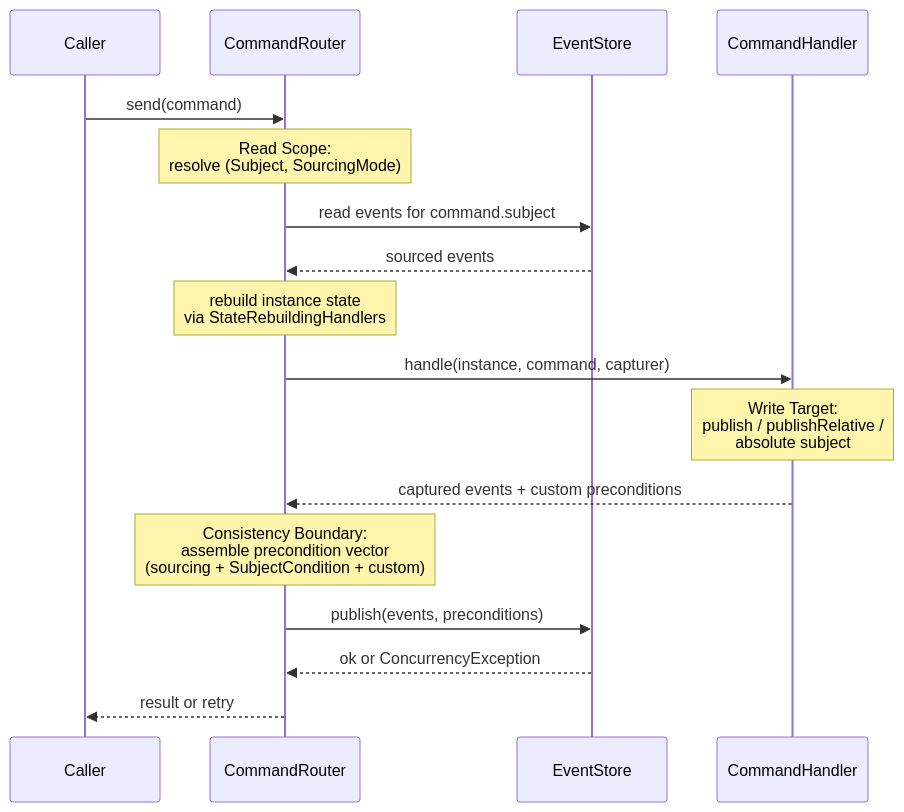
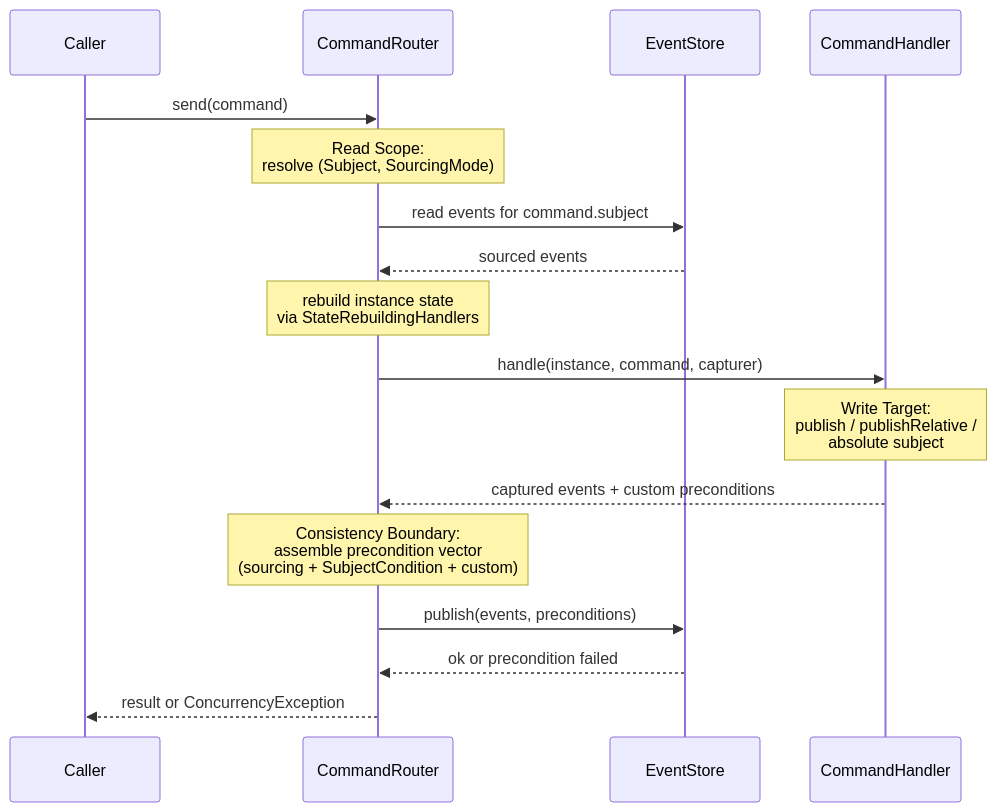
The fourth of 4 diagrams in mkdocs/docs/blog/posts/2026/2026-10-12-missing-aggregate/index.md (BadMomber/opencqrs), drawn with Mermaid before and after one commit. The commit also changed other lines of this file, not shown here.

````diff
--- a/mkdocs/docs/blog/posts/2026/2026-10-12-missing-aggregate/index.md
+++ b/mkdocs/docs/blog/posts/2026/2026-10-12-missing-aggregate/index.md
@@ -269,20 +311,20 @@
 ```mermaid
 sequenceDiagram
     participant C as Caller
     participant R as CommandRouter
     participant ES as EventStore
     participant H as CommandHandler
 
     C->>R: send(command)
     Note over R: Read Scope:<br/>resolve (Subject, SourcingMode)
     R->>ES: read events for command.subject
     ES-->>R: sourced events
     Note over R: rebuild instance state<br/>via StateRebuildingHandlers
     R->>H: handle(instance, command, capturer)
     Note over H: Write Target:<br/>publish / publishRelative /<br/>absolute subject
     H-->>R: captured events + custom preconditions
     Note over R: Consistency Boundary:<br/>assemble precondition vector<br/>(sourcing + SubjectCondition + custom)
     R->>ES: publish(events, preconditions)
-    ES-->>R: ok or ConcurrencyException
-    R-->>C: result or retry
+    ES-->>R: ok or precondition failed
+    R-->>C: result or ConcurrencyException
 ```
````
